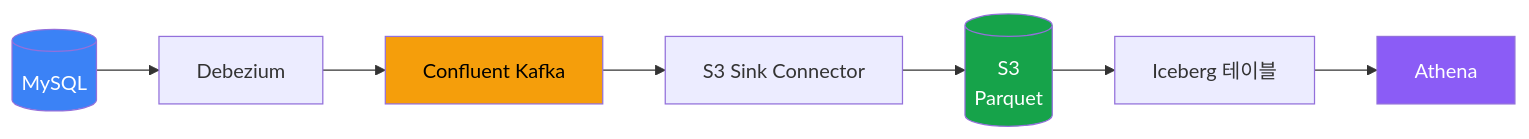
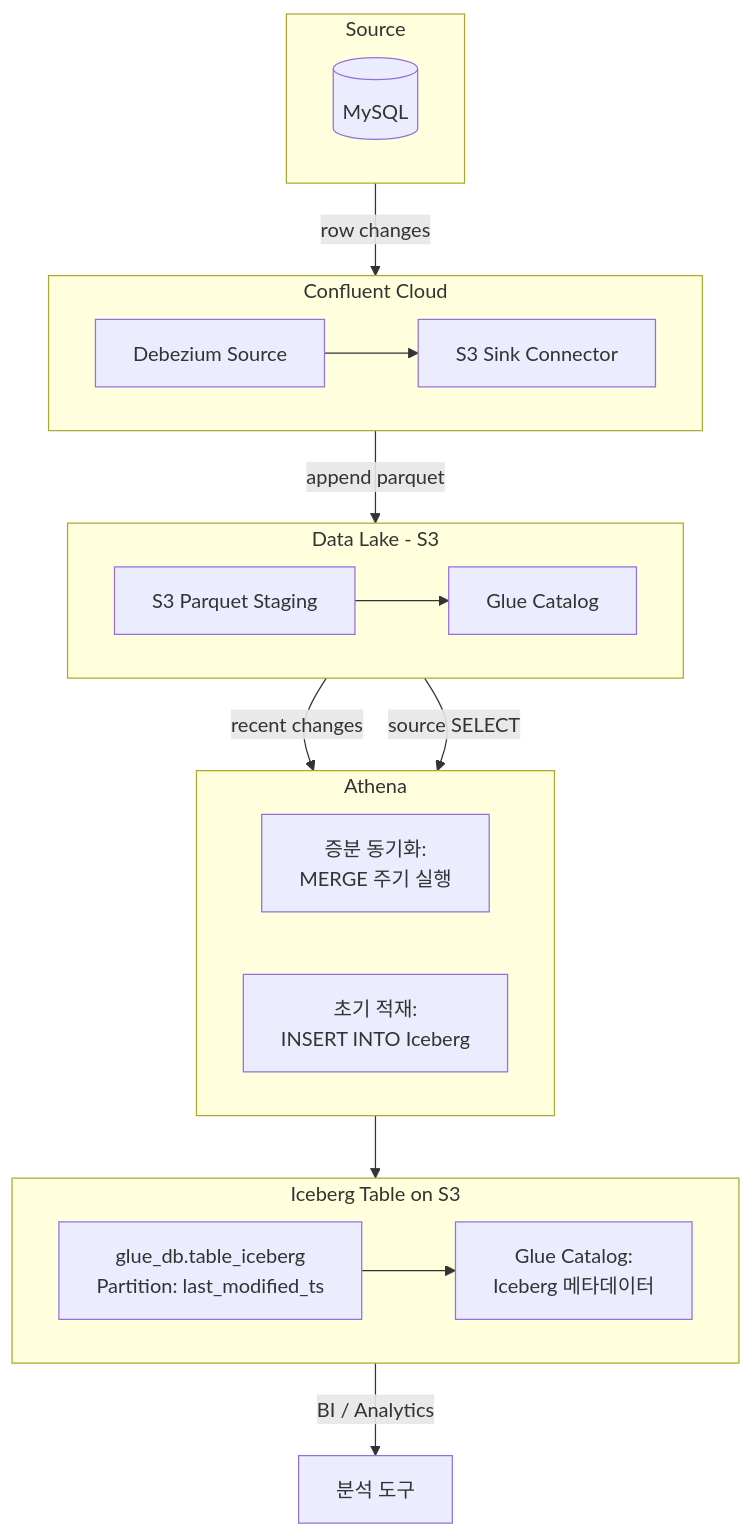
The third of 3 diagrams in content/backend/confluent-kafka-cdc-flink.md (kimduksoo/duksoo-tech-blog), drawn with Mermaid before and after one commit. The commit also changed other lines of this file and 1 other file, not shown here.

Commit message:
update: Mermaid 다이어그램 진지한 스타일로 변경, Lakehouse flow 이미지 추가

````diff
--- a/content/backend/confluent-kafka-cdc-flink.md
+++ b/content/backend/confluent-kafka-cdc-flink.md
@@ -178,14 +187,40 @@
 ```mermaid
-flowchart LR
-    MySQL[(MySQL)] --> Debezium
-    Debezium --> Kafka[Confluent Kafka]
-    Kafka --> S3Sink[S3 Sink Connector]
-    S3Sink --> S3[(S3<br/>Parquet)]
-    S3 --> Iceberg[Iceberg 테이블]
-    Iceberg --> Athena[Athena]
+flowchart TB
+    subgraph Source
+        MySQL[(MySQL)]
+    end
 
-    style MySQL fill:#3b82f6,color:#fff
-    style Kafka fill:#f59e0b,color:#000
-    style S3 fill:#16a34a,color:#fff
-    style Athena fill:#8b5cf6,color:#fff
+    Source -->|row changes| CDC
+
+    subgraph CDC["Confluent Cloud"]
+        Debezium[Debezium Source]
+        S3Sink[S3 Sink Connector]
+        Debezium --> S3Sink
+    end
+
+    CDC -->|append parquet| DataLake
+
+    subgraph DataLake["Data Lake - S3"]
+        Staging[S3 Parquet Staging]
+        Glue[Glue Catalog]
+        Staging --> Glue
+    end
+
+    DataLake -->|recent changes| Athena
+    DataLake -->|source SELECT| Athena
+
+    subgraph Athena
+        Merge[증분 동기화:<br/>MERGE 주기 실행]
+        Init[초기 적재:<br/>INSERT INTO Iceberg]
+    end
+
+    Athena --> Iceberg
+
+    subgraph Iceberg["Iceberg Table on S3"]
+        IcebergTable[glue_db.table_iceberg<br/>Partition: last_modified_ts]
+        IcebergGlue[Glue Catalog:<br/>Iceberg 메타데이터]
+        IcebergTable --> IcebergGlue
+    end
+
+    Iceberg -->|BI / Analytics| Output[분석 도구]
 ```
````
